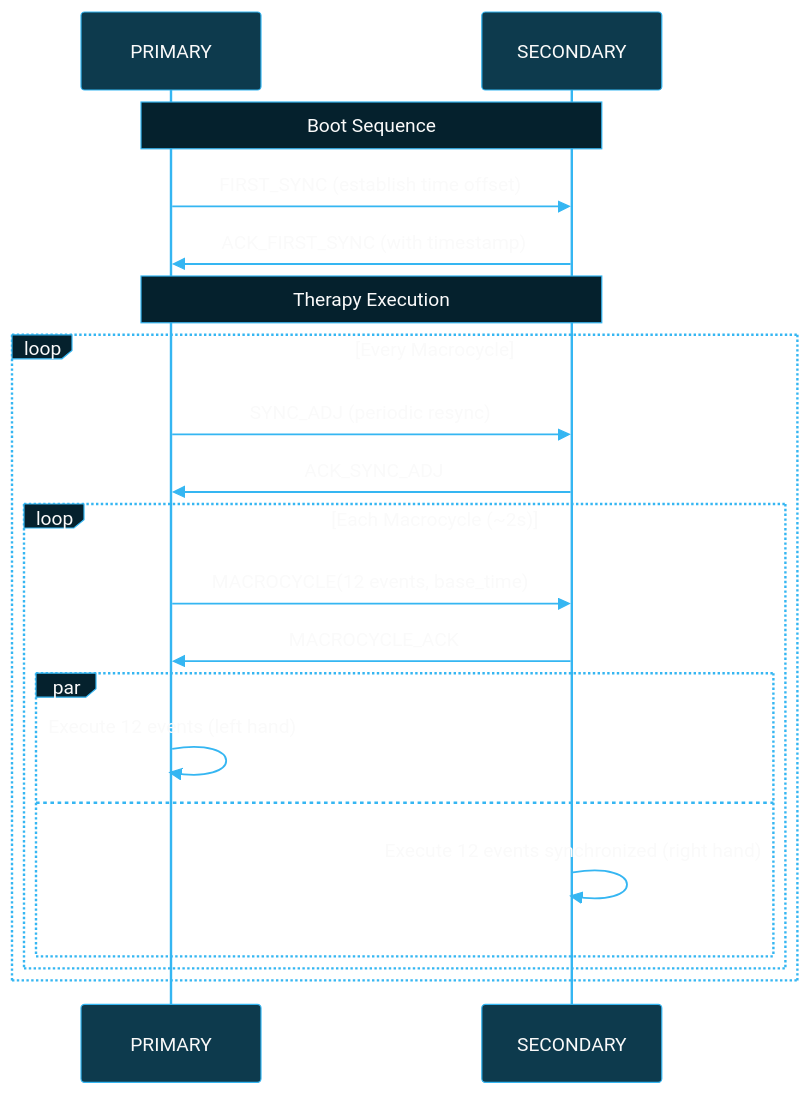
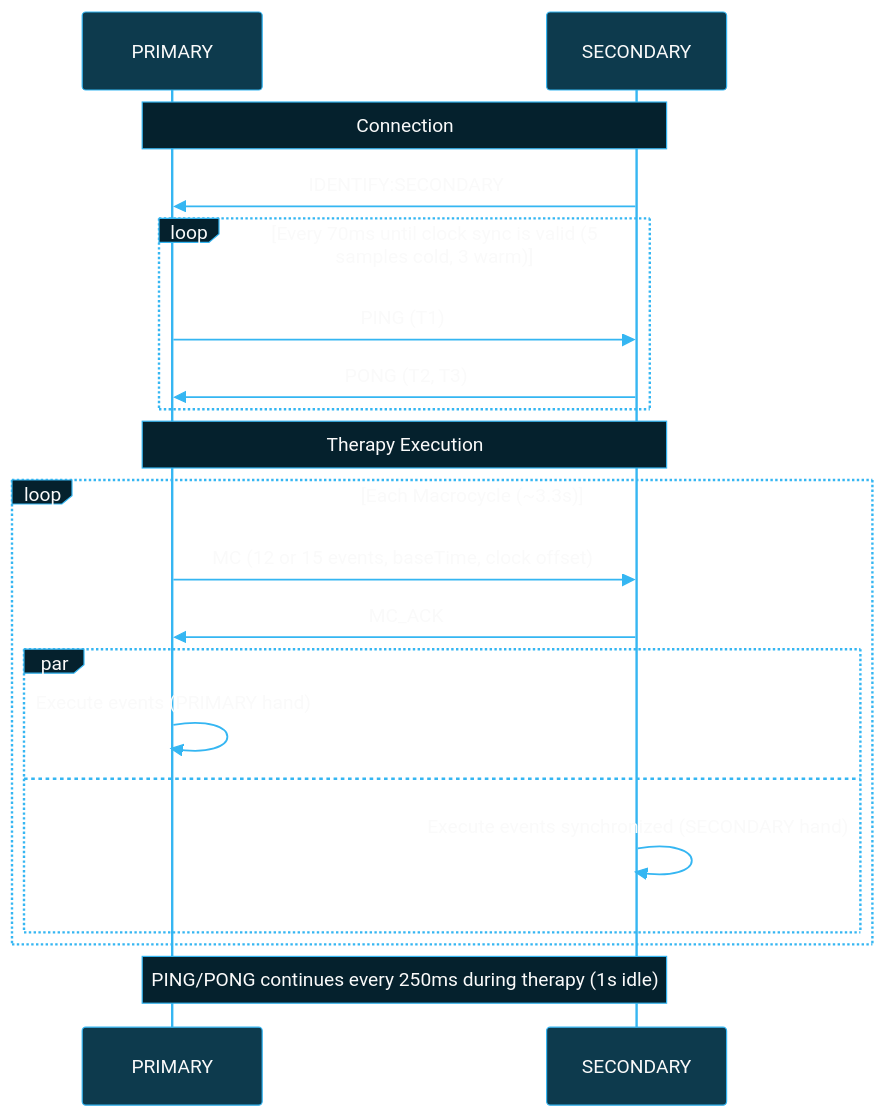
One commit to BlueBuzzah/BlueBuzzah-Firmware changed the third of 6 diagrams in docs/ARCHITECTURE.md. Above: the diagram before and after it, drawn with Mermaid. The commit also changed other lines of this file and 12 other files, not shown here.

````diff
--- a/docs/ARCHITECTURE.md
+++ b/docs/ARCHITECTURE.md
@@ -961,50 +977,49 @@
 ```mermaid
 %%{init: {'theme': 'base', 'themeVariables': {
   'primaryColor': '#0d3a4d',
   'primaryTextColor': '#fafafa',
   'primaryBorderColor': '#35B6F2',
   'lineColor': '#35B6F2',
   'secondaryColor': '#05212D',
   'tertiaryColor': '#0a0a0a',
   'background': '#0a0a0a',
   'actorBkg': '#0d3a4d',
   'actorBorder': '#35B6F2',
   'actorTextColor': '#fafafa',
   'actorLineColor': '#35B6F2',
   'signalColor': '#35B6F2',
   'signalTextColor': '#fafafa',
   'labelBoxBkgColor': '#05212D',
   'labelBoxBorderColor': '#35B6F2',
   'labelTextColor': '#fafafa',
   'loopTextColor': '#fafafa',
   'noteBkgColor': '#05212D',
   'noteBorderColor': '#35B6F2',
   'noteTextColor': '#fafafa',
   'activationBkgColor': '#0d3a4d',
   'activationBorderColor': '#35B6F2',
   'sequenceNumberColor': '#fafafa'
 }}}%%
 sequenceDiagram
     participant P as PRIMARY
     participant S as SECONDARY
 
-    Note over P,S: Boot Sequence
-    P->>S: FIRST_SYNC (establish time offset)
-    S->>P: ACK_FIRST_SYNC (with timestamp)
+    Note over P,S: Connection
+    S->>P: IDENTIFY:SECONDARY
+    loop Every 70ms until clock sync is valid (5 samples cold, 3 warm)
+        P->>S: PING (T1)
+        S->>P: PONG (T2, T3)
+    end
 
     Note over P,S: Therapy Execution
-    loop Every Macrocycle
-        P->>S: SYNC_ADJ (periodic resync)
-        S->>P: ACK_SYNC_ADJ
-
-        loop Each Macrocycle (~2s)
-            P->>S: MACROCYCLE(12 events, base_time)
-            S->>P: MACROCYCLE_ACK
-            par
-              P->>P: Execute 12 events (left hand)
-            and
-              S->>S: Execute 12 events synchronized (right hand)
-            end
+    loop Each Macrocycle (~3.3s)
+        P->>S: MC (12 or 15 events, baseTime, clock offset)
+        S->>P: MC_ACK
+        par
+          P->>P: Execute events (PRIMARY hand)
+        and
+          S->>S: Execute events synchronized (SECONDARY hand)
         end
     end
+    Note over P,S: PING/PONG continues every 250ms during therapy (1s idle)
 ```
````
